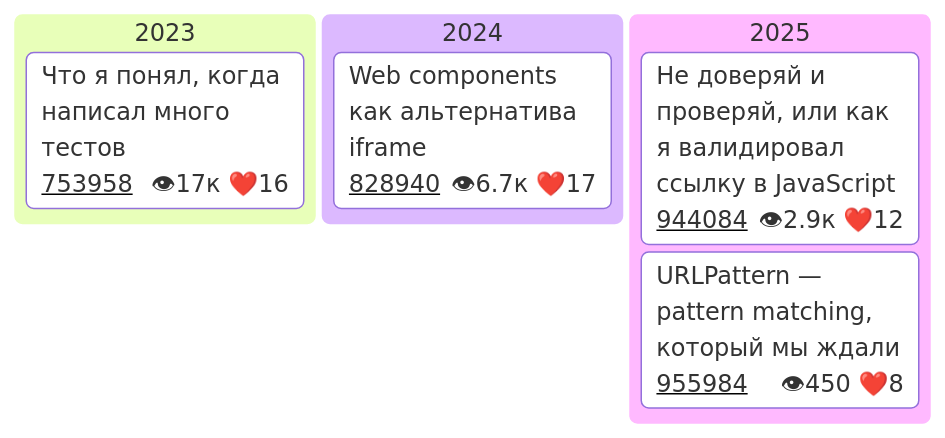
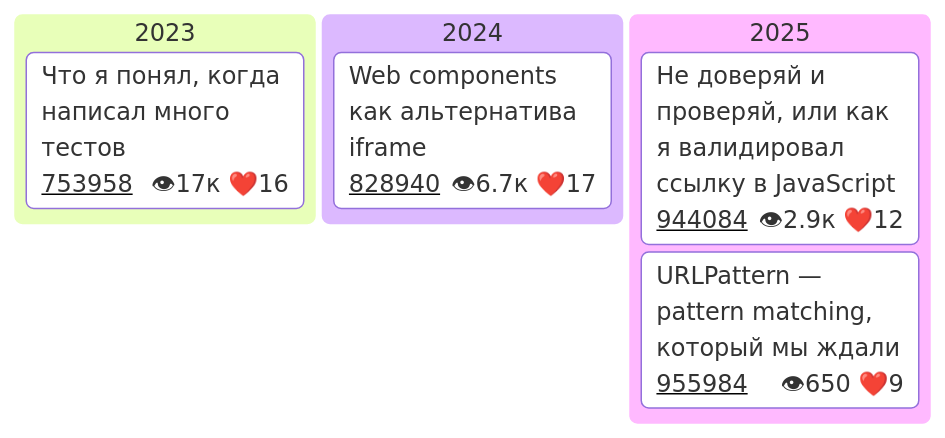
The fourth of 4 diagrams in README.md (Goodzonchik/Goodzonchik), drawn with Mermaid before and after one commit. The commit also changed other lines of this file, not shown here.

````diff
--- a/README.md
+++ b/README.md
@@ -50,28 +51,28 @@
 ```mermaid
 ---
 config:
   kanban:
     ticketBaseUrl: 'https://habr.com/ru/companies/tbank/articles/#TICKET#'
 
 ---
 kanban
   2023
     card1["Что я понял, когда написал много тестов"]@{
       ticket: 753958
       assigned: 👁17к ❤️16
     }
   2024
     card2["Web components как альтернатива iframe"]@{
       ticket: 828940
       assigned: 👁6.7к ❤️17
     }
   2025
     card3["Не доверяй и проверяй, или как я валидировал ссылку в JavaScript"]@{
       ticket: 944084
       assigned: 👁2.9к ❤️12
     }
    card4["URLPattern — pattern matching, который мы ждали"]@{
       ticket: 955984
-      assigned: 👁450 ❤️8
+      assigned: 👁650 ❤️9
     }
 ```
````
